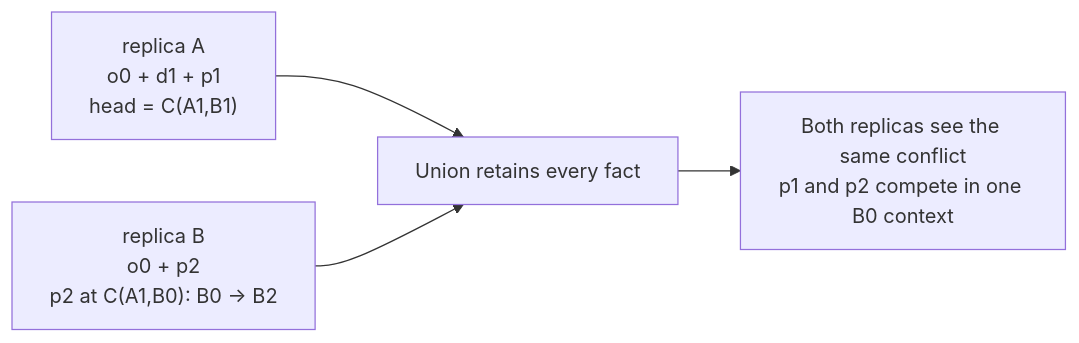
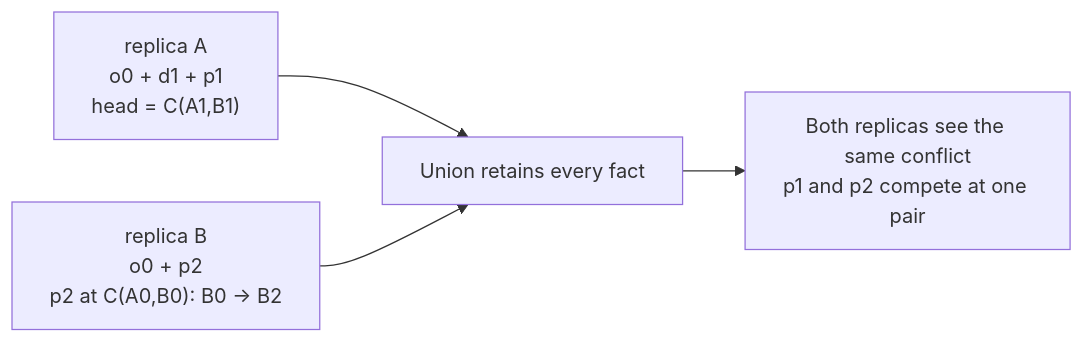
One commit to estoc-dev/estoc changed the tenth of 19 diagrams in packages/continuity/docs/guide.md. Above: the diagram before and after it, drawn with Mermaid. The commit also changed other lines of this file and 6 other files, not shown here.

````diff
--- a/packages/continuity/docs/guide.md
+++ b/packages/continuity/docs/guide.md
@@ -276,6 +318,6 @@
 ```mermaid
 flowchart LR
     A["replica A<br/>o0 + d1 + p1<br/>head = C(A1,B1)"] --> M["Union retains every fact"]
-    B["replica B<br/>o0 + p2<br/>p2 at C(A1,B0): B0 → B2"] --> M
-    M --> R["Both replicas see the same conflict<br/>p1 and p2 compete in one B0 context"]
+    B["replica B<br/>o0 + p2<br/>p2 at C(A0,B0): B0 → B2"] --> M
+    M --> R["Both replicas see the same conflict<br/>p1 and p2 compete at one pair"]
 ```
````
